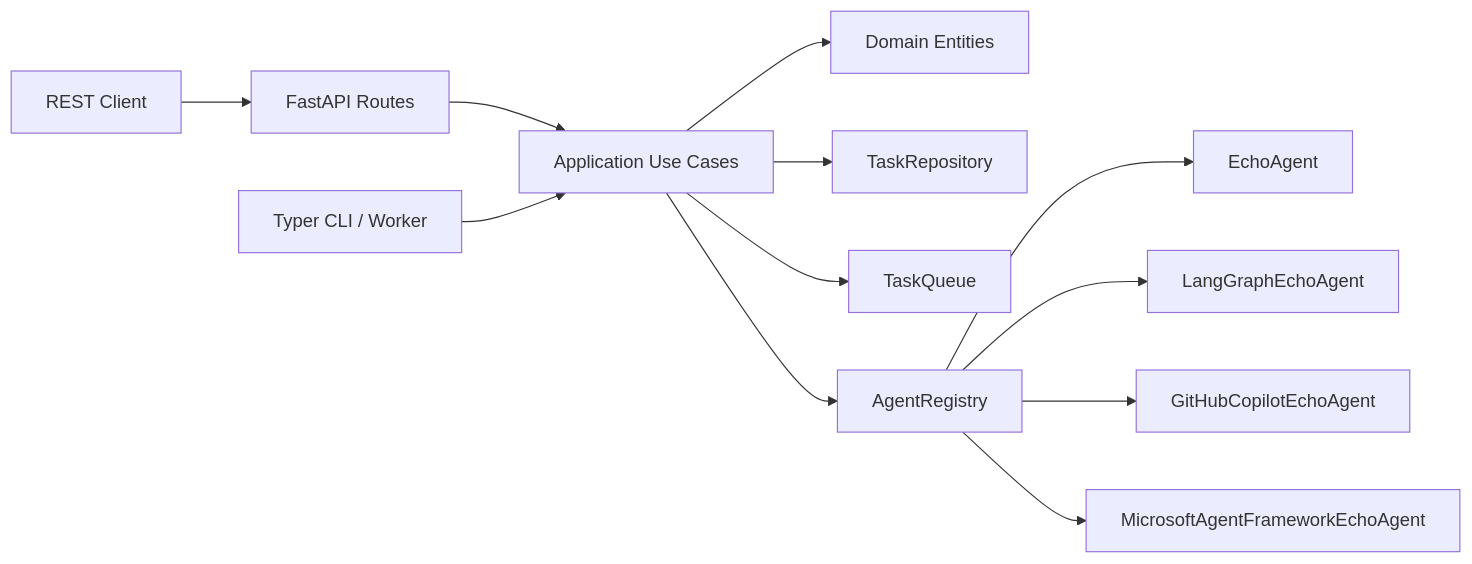
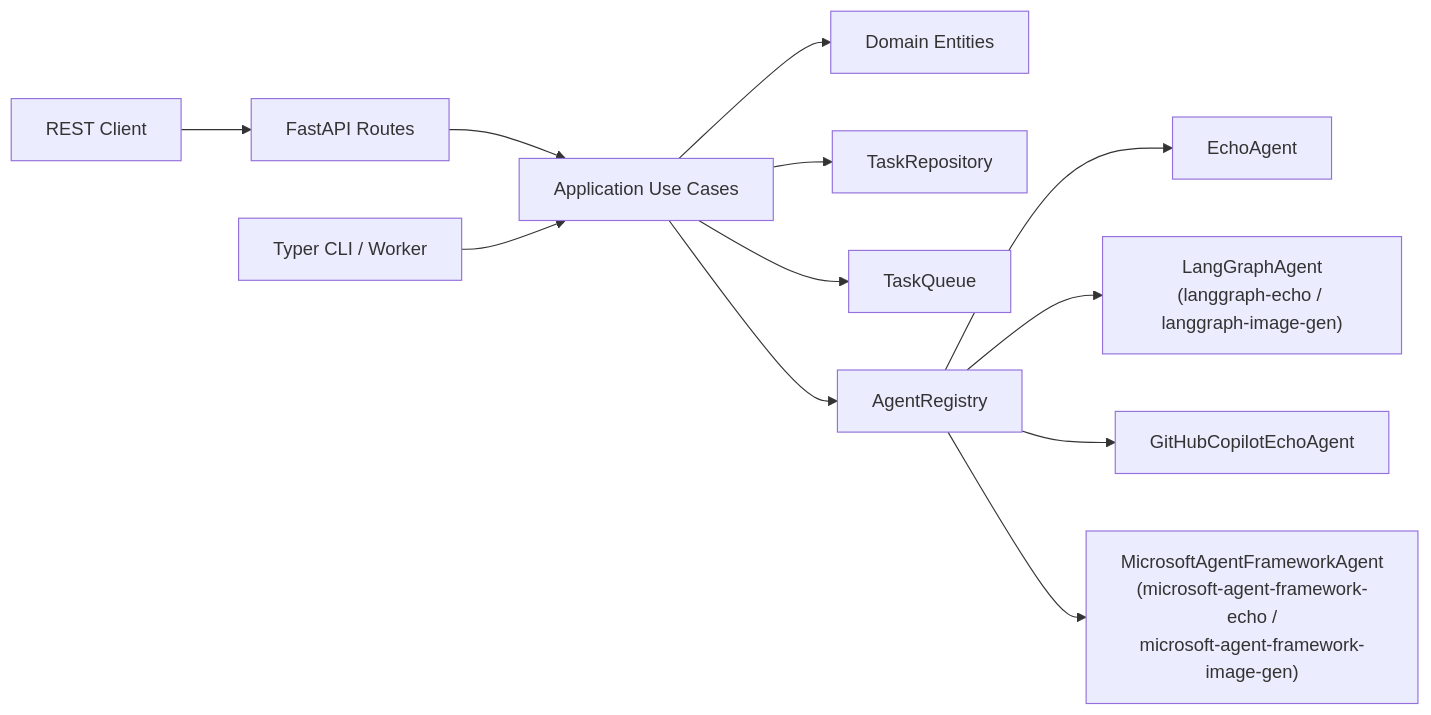
Before and after one commit to ks6088ts-labs/concierge: the first of 2 diagrams in docs/cloud_agent/index.md, drawn with Mermaid. The commit also changed other lines of this file and 28 other files, not shown here.

First line of the commit message:
Refactor LangGraph and Microsoft Agent Classes

````diff
--- a/docs/cloud_agent/index.md
+++ b/docs/cloud_agent/index.md
@@ -13,14 +13,14 @@
 ```mermaid
 flowchart LR
     Client[REST Client] --> Web[FastAPI Routes]
     Web --> UC[Application Use Cases]
     CLI[Typer CLI / Worker] --> UC
     UC --> Domain[Domain Entities]
     UC --> Repo[TaskRepository]
     UC --> Queue[TaskQueue]
     UC --> Registry[AgentRegistry]
     Registry --> Echo[EchoAgent]
-    Registry --> LGE[LangGraphEchoAgent]
+    Registry --> LG["LangGraphAgent\n(langgraph-echo / langgraph-image-gen)"]
     Registry --> GCE[GitHubCopilotEchoAgent]
-    Registry --> MAF[MicrosoftAgentFrameworkEchoAgent]
+    Registry --> MAF["MicrosoftAgentFrameworkAgent\n(microsoft-agent-framework-echo /\nmicrosoft-agent-framework-image-gen)"]
 ```
````
